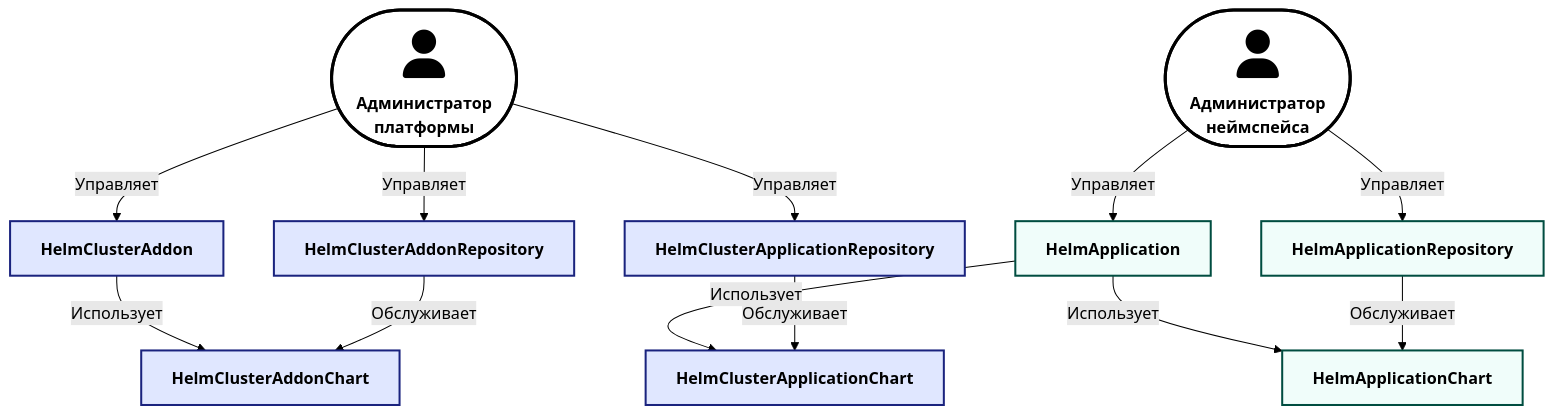
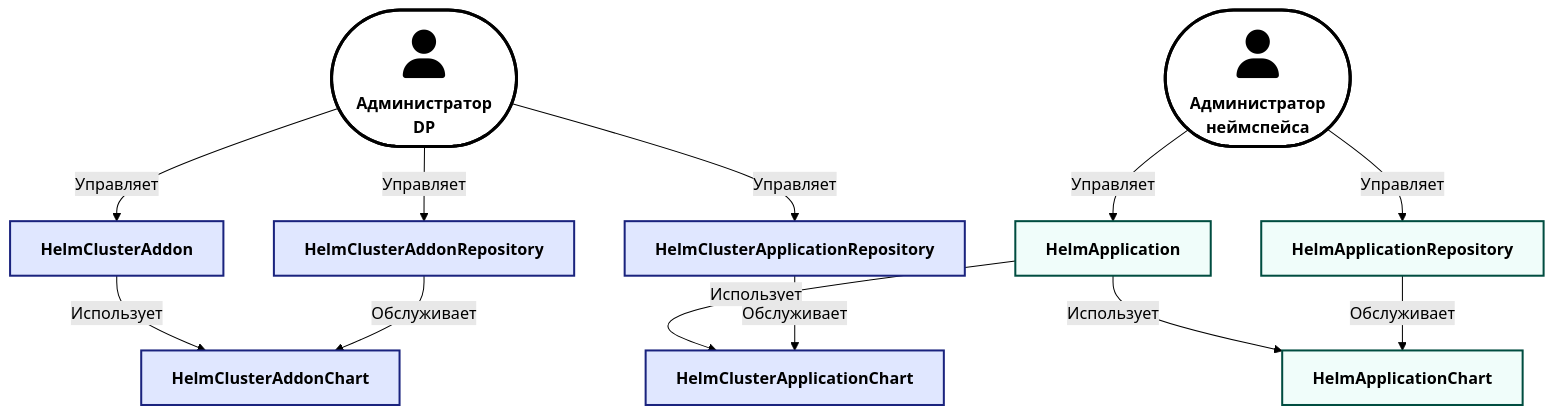
Before and after one commit to deckhouse/operator-helm: the diagram in docs/README.ru.md, drawn with Mermaid (forest theme). The commit also changed other lines of this file and 11 other files, not shown here.

````diff
--- a/docs/README.ru.md
+++ b/docs/README.ru.md
@@ -31,34 +34,34 @@
 ```mermaid
 flowchart TB
   classDef actor fill:#ffffff,stroke:#000000,color:#000000,stroke-width:3px;
   classDef cluster fill:#e0e7ff,stroke:#1a237e,color:#000000,stroke-width:2px;
   classDef ns fill:#f0fdfa,stroke:#004d40,color:#000000,stroke-width:2px;
 
-  ADM(["<font size=12px>fa:fa-user</font><br/><b>Администратор<br/>платформы</b>"]):::actor
+  ADM(["<font size=12px>fa:fa-user</font><br/><b>Администратор<br/>DP</b>"]):::actor
   USR(["<font size=12px>fa:fa-user</font><br/><b>Администратор<br/>неймспейса</b>"]):::actor
 
   HCA["<b>HelmClusterAddon</b>"]:::cluster
   HCAR["<b>HelmClusterAddonRepository</b>"]:::cluster
   HCApR["<b>HelmClusterApplicationRepository</b>"]:::cluster
 
   HA["<b>HelmApplication</b>"]:::ns
   HAR["<b>HelmApplicationRepository</b>"]:::ns
 
   HCAC["<b>HelmClusterAddonChart</b>"]:::cluster
   HCApC["<b>HelmClusterApplicationChart</b>"]:::cluster
   HAC["<b>HelmApplicationChart</b>"]:::ns
 
   ADM -->|Управляет| HCA
   ADM -->|Управляет| HCAR
   ADM -->|Управляет| HCApR
   HCA -->|Использует| HCAC
   HCAR -->|Обслуживает| HCAC
 
   USR -->|Управляет| HA
   USR -->|Управляет| HAR
   HA -->|Использует| HAC
   HA -->|Использует| HCApC
   HAR -->|Обслуживает| HAC
 
   HCApR -->|Обслуживает| HCApC
 ```
````
